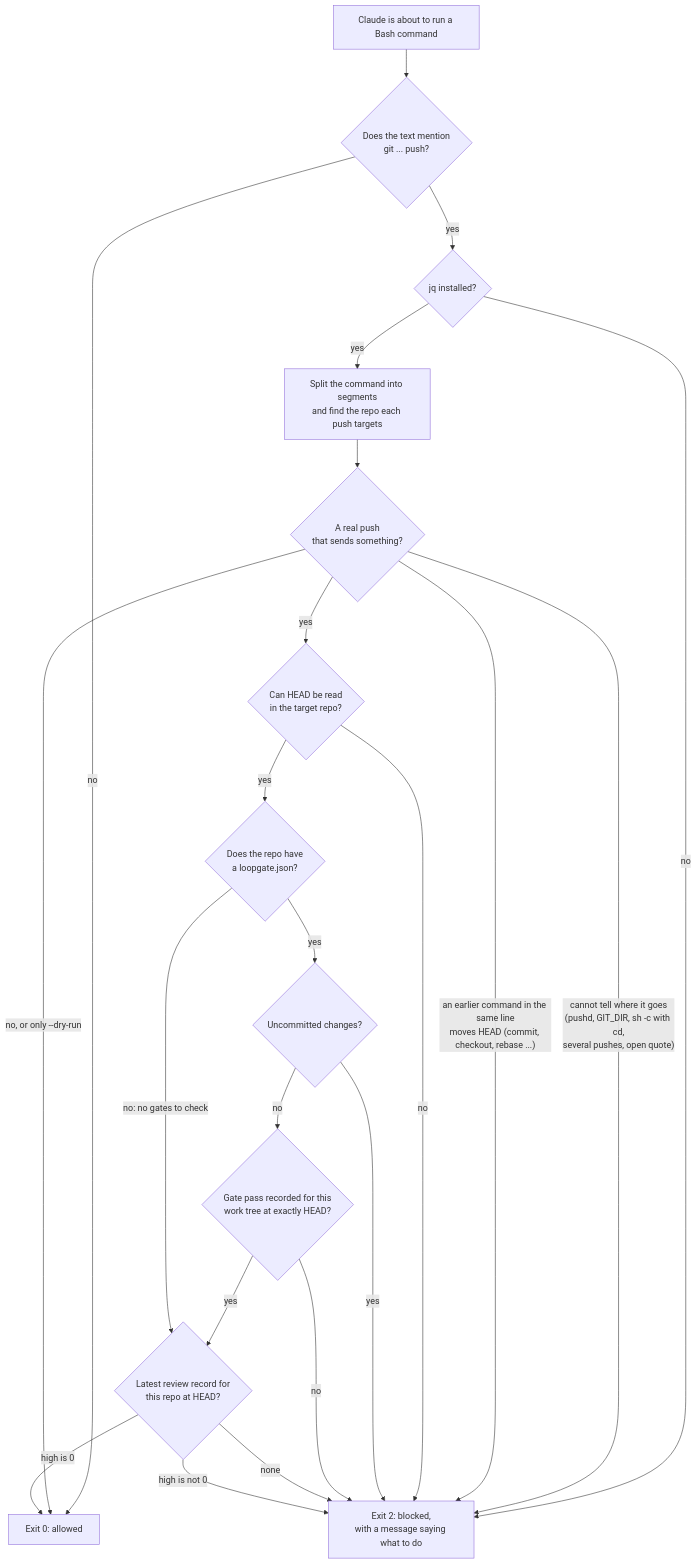
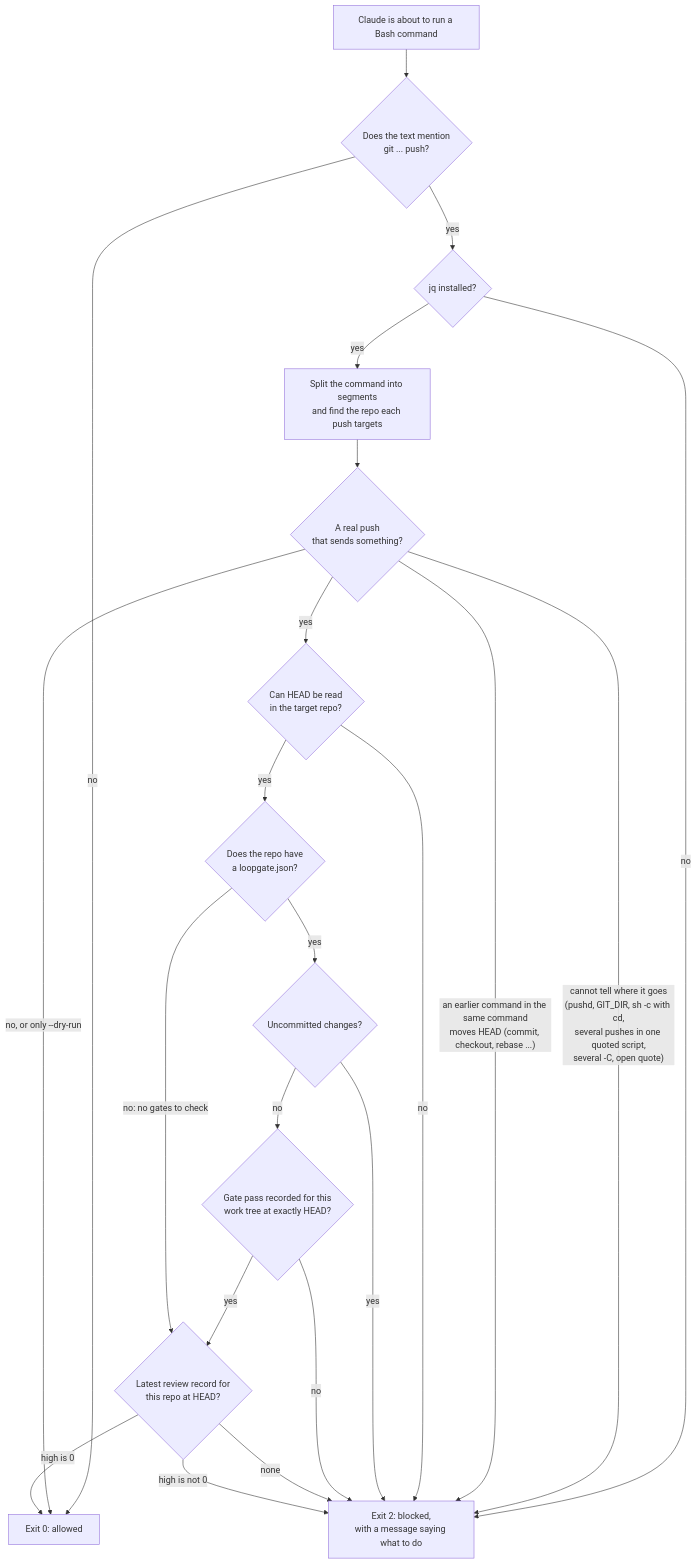
The second of 2 diagrams in README.md (kangaliaisaac/loopgate), drawn with Mermaid before and after one commit. The commit also changed other lines of this file and 2 other files, not shown here.

Commit message:
Answer the review of the README: CI is the repo's own and kept in step by hand, separate pushes are each checked, the check is named review / review, and the loopgate boxes are shaded

````diff
--- a/README.md
+++ b/README.md
@@ -81,24 +83,24 @@
 ```mermaid
 flowchart TD
     start["Claude is about to run a Bash command"] --> mentions{"Does the text mention<br/>git ... push?"}
     mentions -->|no| allow["Exit 0: allowed"]
     mentions -->|yes| jq{"jq installed?"}
     jq -->|no| block["Exit 2: blocked,<br/>with a message saying what to do"]
     jq -->|yes| scan["Split the command into segments<br/>and find the repo each push targets"]
     scan --> found{"A real push<br/>that sends something?"}
     found -->|"no, or only --dry-run"| allow
-    found -->|"cannot tell where it goes<br/>(pushd, GIT_DIR, sh -c with cd,<br/>several pushes, open quote)"| block
-    found -->|"an earlier command in the same line<br/>moves HEAD (commit, checkout, rebase ...)"| block
+    found -->|"cannot tell where it goes<br/>(pushd, GIT_DIR, sh -c with cd,<br/>several pushes in one quoted script,<br/>several -C, open quote)"| block
+    found -->|"an earlier command in the same command<br/>moves HEAD (commit, checkout, rebase ...)"| block
     found -->|yes| head{"Can HEAD be read<br/>in the target repo?"}
     head -->|no| block
     head -->|yes| hasconf{"Does the repo have<br/>a loopgate.json?"}
     hasconf -->|yes| dirty{"Uncommitted changes?"}
     dirty -->|yes| block
     dirty -->|no| pass{"Gate pass recorded for this<br/>work tree at exactly HEAD?"}
     pass -->|no| block
     pass -->|yes| rec
     hasconf -->|"no: no gates to check"| rec{"Latest review record for<br/>this repo at HEAD?"}
     rec -->|none| block
     rec -->|"high is not 0"| block
     rec -->|"high is 0"| allow
 ```
````
